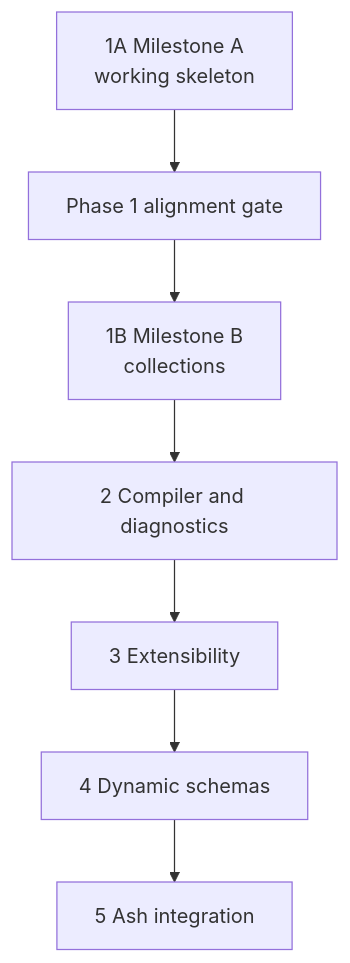
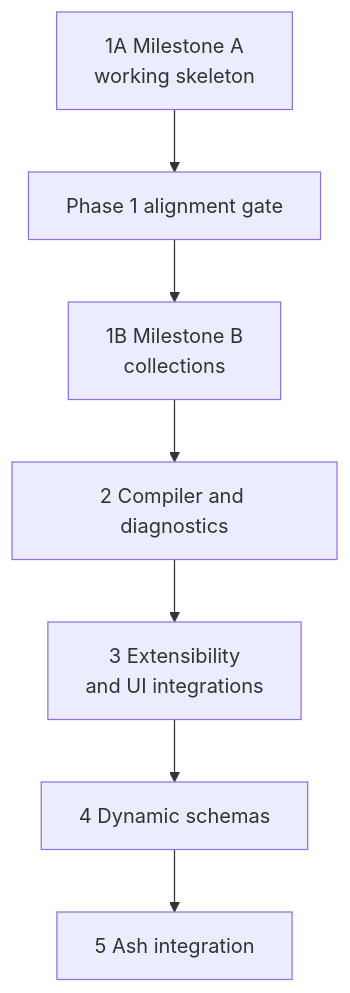
The diagram in docs/Formentation/Planning/13-roadmap.md (kioopi/formentation), drawn with Mermaid before and after one commit. The commit also changed other lines of this file and 26 other files, not shown here.

````diff
--- a/docs/Formentation/Planning/13-roadmap.md
+++ b/docs/Formentation/Planning/13-roadmap.md
@@ -20,9 +26,9 @@
 ```mermaid
 flowchart TD
     P1A["1A Milestone A<br/>working skeleton"] --> Align["Phase 1 alignment gate"]
     Align --> P1B["1B Milestone B<br/>collections"]
     P1B --> P2["2 Compiler and diagnostics"]
-    P2 --> P3["3 Extensibility"]
+    P2 --> P3["3 Extensibility<br/>and UI integrations"]
     P3 --> P4["4 Dynamic schemas"]
     P4 --> P5["5 Ash integration"]
 ```
````
